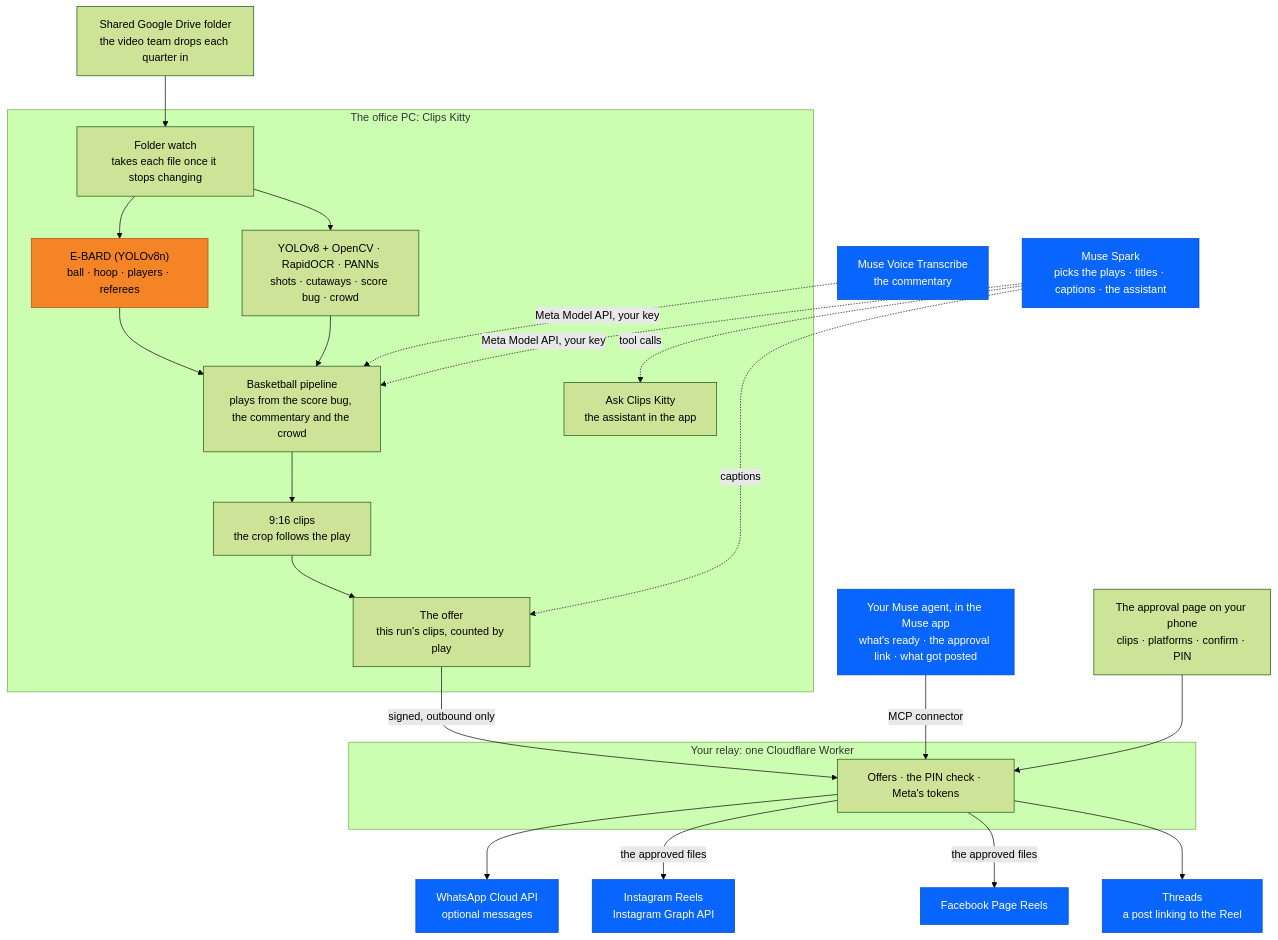
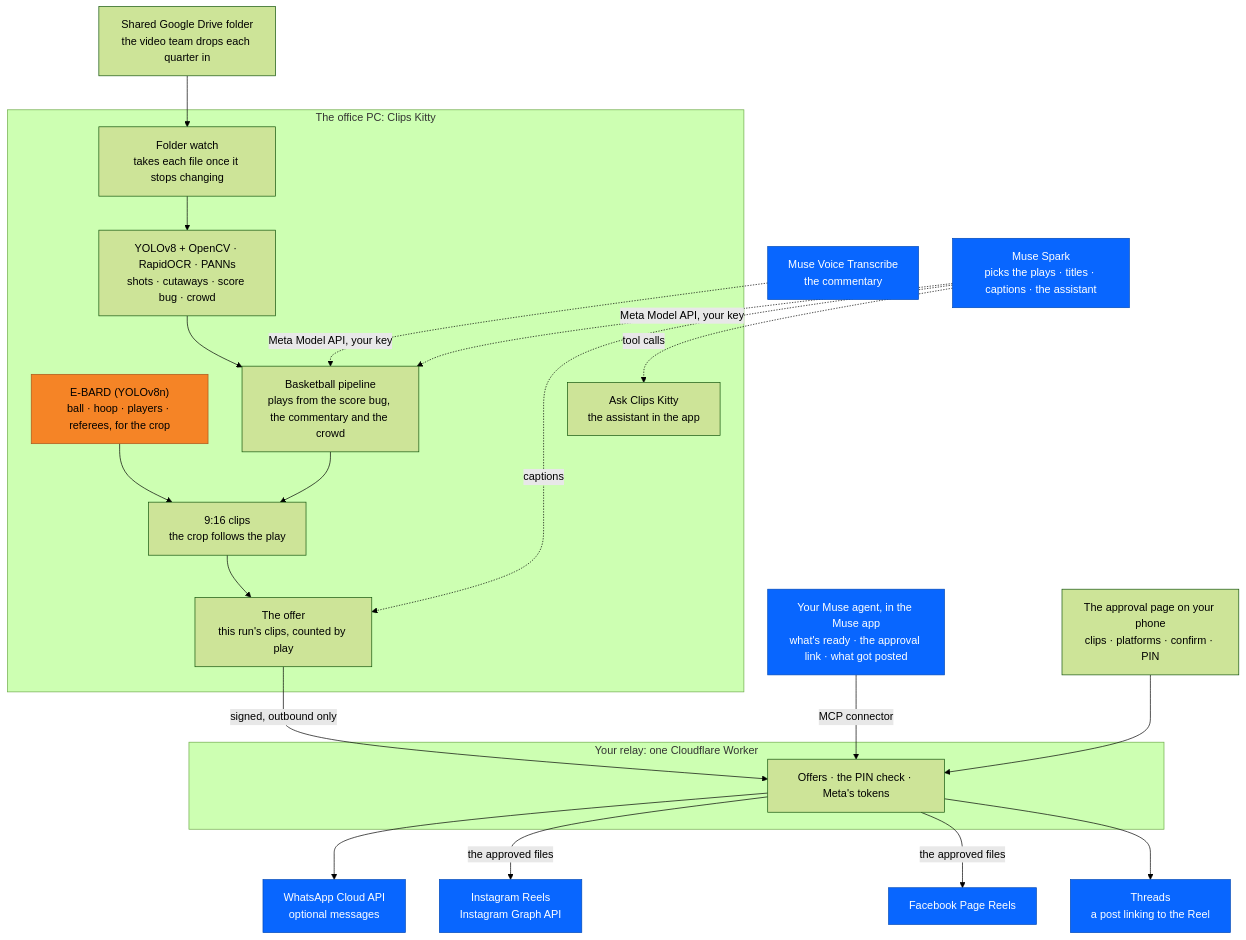
The diagram in README.md (ColinGPT9/Clips-Kitty-Meta-Basketball), drawn with Mermaid (forest theme) before and after one commit. The commit also changed other lines of this file and 10 other files, not shown here.

````diff
--- a/README.md
+++ b/README.md
@@ -101,46 +111,45 @@
 ```mermaid
 flowchart TD
     G["Shared Google Drive folder<br/>the video team drops each quarter in"]
     subgraph PC["The office PC: Clips Kitty"]
         F["Folder watch<br/>takes each file once it stops changing"]
-        E["E-BARD (YOLOv8n)<br/>ball · hoop · players · referees"]
+        E["E-BARD (YOLOv8n)<br/>ball · hoop · players · referees, for the crop"]
         Y["YOLOv8 + OpenCV · RapidOCR · PANNs<br/>shots · cutaways · score bug · crowd"]
         B["Basketball pipeline<br/>plays from the score bug, the commentary and the crowd"]
         R["9:16 clips<br/>the crop follows the play"]
         O["The offer<br/>this run's clips, counted by play"]
         K["Ask Clips Kitty<br/>the assistant in the app"]
     end
     MV["Muse Voice Transcribe<br/>the commentary"]
     MS["Muse Spark<br/>picks the plays · titles · captions · the assistant"]
     subgraph RL["Your relay: one Cloudflare Worker"]
         Q["Offers · the PIN check · Meta's tokens"]
     end
     MU["Your Muse agent, in the Muse app<br/>what's ready · the approval link · what got posted"]
     P["The approval page on your phone<br/>clips · platforms · confirm · PIN"]
     WA["WhatsApp Cloud API<br/>optional messages"]
     IG["Instagram Reels<br/>Instagram Graph API"]
     FB["Facebook Page Reels"]
     TH["Threads<br/>a post linking to the Reel"]
     G --> F
-    F --> E
     F --> Y
-    E --> B
     Y --> B
     B --> R
+    E --> R
     R --> O
     MV -.->|Meta Model API, your key| B
     MS -.->|Meta Model API, your key| B
     MS -.->|captions| O
     MS -.->|tool calls| K
     O -->|signed, outbound only| Q
     MU -->|MCP connector| Q
     P --> Q
     Q --> WA
     Q -->|the approved files| IG
     Q -->|the approved files| FB
     Q --> TH
     classDef meta fill:#0866FF,stroke:#0049B7,color:#fff
     classDef ebard fill:#f58426,stroke:#a8551a,color:#000
     class MV,MS,MU,WA,IG,FB,TH meta
     class E ebard
 ```
````
